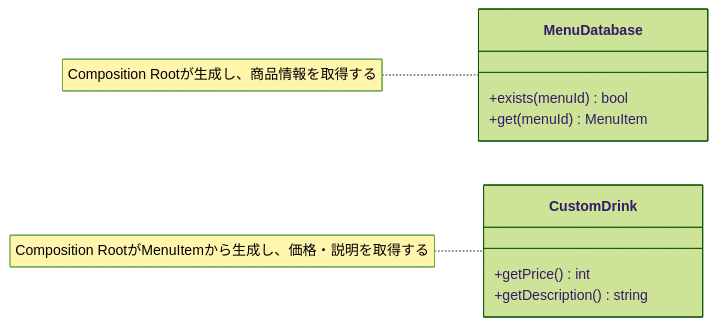
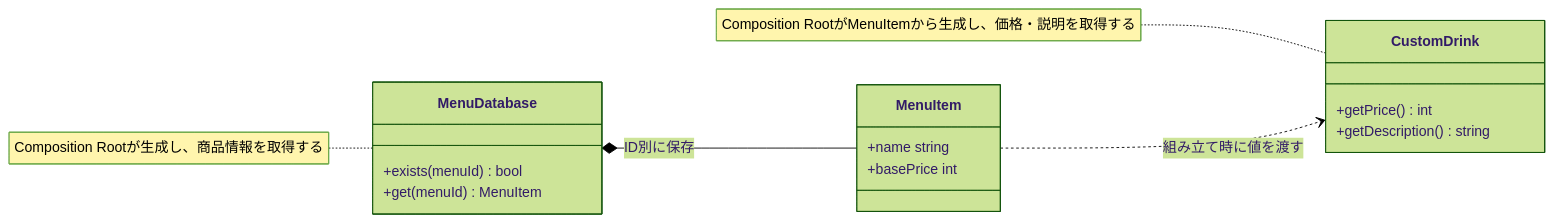
The third of 12 diagrams in kindle/design-patterns/output/chapter06.md (kumachan1101-pixel/DesignPattern), drawn with Mermaid (forest theme) before and after one commit. The commit also changed other lines of this file and 14 other files, not shown here.

Commit message:
全章の仕様図と変更対象外基盤を整合

````diff
--- a/kindle/design-patterns/output/chapter06.md
+++ b/kindle/design-patterns/output/chapter06.md
@@ -153,17 +154,23 @@
 ```mermaid
 classDiagram
     direction LR
     class MenuDatabase {
         +exists(menuId) bool
         +get(menuId) MenuItem
     }
+    class MenuItem {
+        +name string
+        +basePrice int
+    }
     class CustomDrink {
         +getPrice() int
         +getDescription() string
     }
+    MenuDatabase *-- MenuItem : ID別に保存
+    MenuItem ..> CustomDrink : 組み立て時に値を渡す
     note for MenuDatabase "Composition Rootが生成し、商品情報を取得する"
     note for CustomDrink "Composition RootがMenuItemから生成し、価格・説明を取得する"
 
     classDef focus fill:#FFF2CC,stroke:#D6B656,stroke-width:2px,color:#222222
     cssClass "CustomDrink" focus
 ```
````
